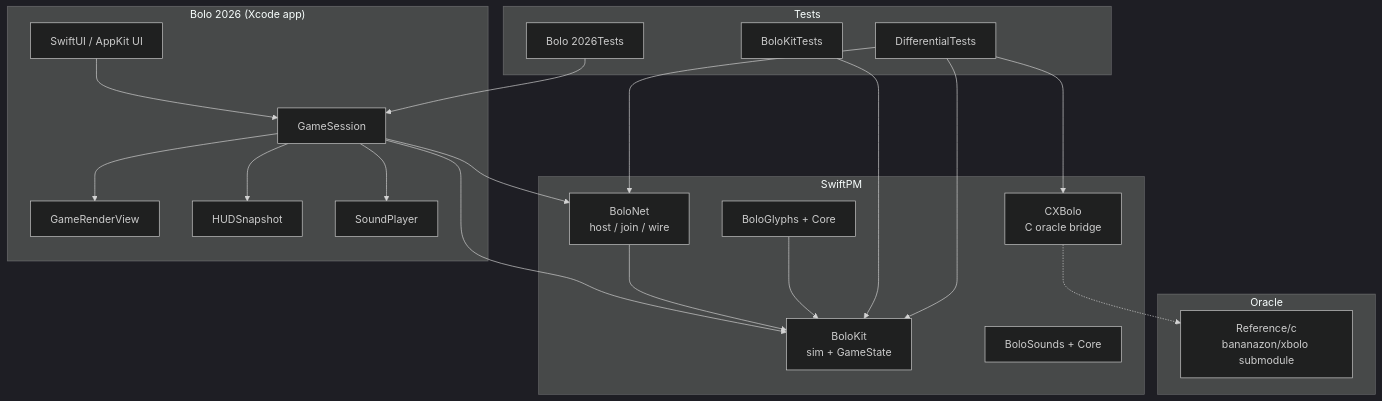
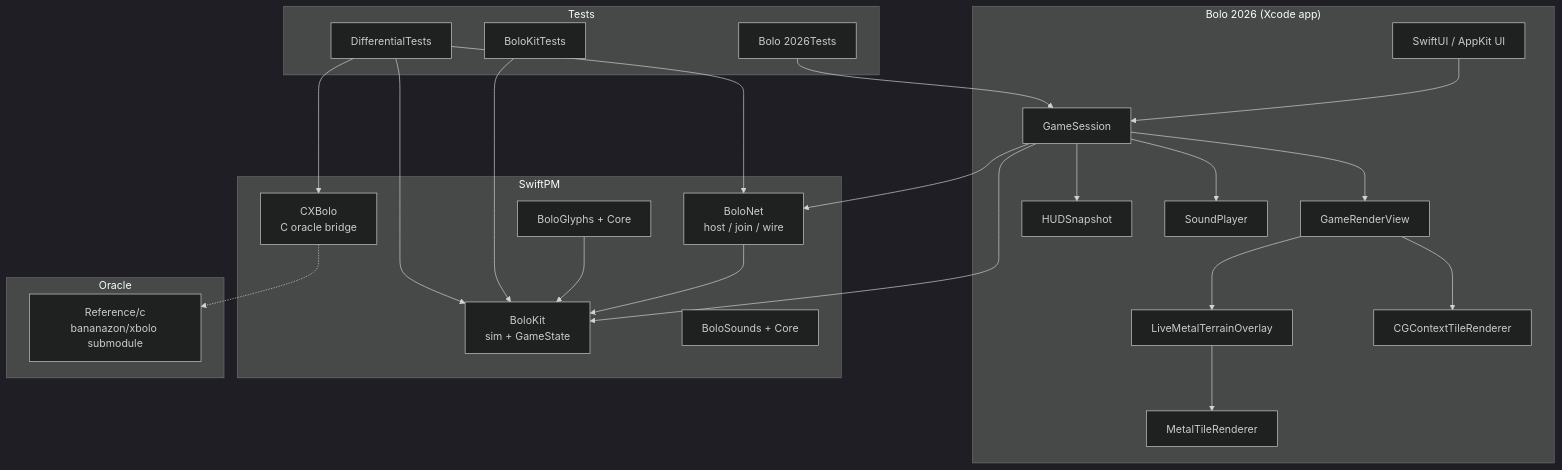
The first of 8 diagrams in docs/WIRING.md (CosmicCEO/BoloKit), drawn with Mermaid (dark theme) before and after one commit. The commit also changed other lines of this file, not shown here.

First line of the commit message:
docs: refresh WIRING.md for Metal, host simulation, and sound

````diff
--- a/docs/WIRING.md
+++ b/docs/WIRING.md
@@ -7,43 +7,49 @@
 ```mermaid
 flowchart TB
   subgraph app["Bolo 2026 (Xcode app)"]
     UI["SwiftUI / AppKit UI"]
     GS["GameSession"]
     GRV["GameRenderView"]
     HUD["HUDSnapshot"]
     SP["SoundPlayer"]
+    MTL["MetalTileRenderer"]
+    OV["LiveMetalTerrainOverlay"]
+    CG["CGContextTileRenderer"]
   end
 
   subgraph spm["SwiftPM"]
     BK["BoloKit<br/>sim + GameState"]
     BN["BoloNet<br/>host / join / wire"]
     CX["CXBolo<br/>C oracle bridge"]
     BG["BoloGlyphs + Core"]
     BS["BoloSounds + Core"]
   end
 
   subgraph tests["Tests"]
     BKT["BoloKitTests"]
     DT["DifferentialTests"]
     APT["Bolo 2026Tests"]
   end
 
   subgraph oracle["Oracle"]
     REF["Reference/c<br/>bananazon/xbolo submodule"]
   end
 
   UI --> GS
   GS --> BK
   GS --> BN
   GS --> GRV
+  GRV --> OV
+  OV --> MTL
+  GRV --> CG
   GS --> HUD
   GS --> SP
   BN --> BK
   BG --> BK
   BKT --> BK
   DT --> BK
   DT --> BN
   DT --> CX
   CX -.-> REF
   APT --> GS
 ```
````
